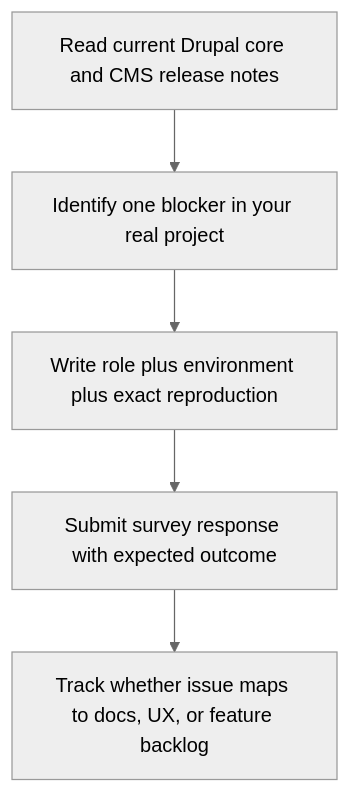
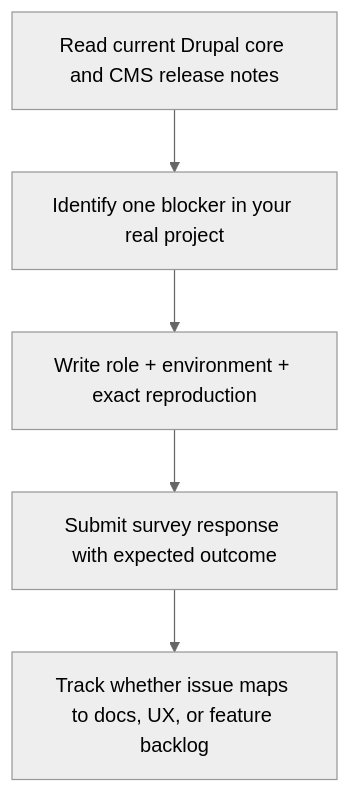
The diagram in blog/2026-02-24-drupal-cms-community-feedback-survey-review.md (victorstack-ai/agent-blog), drawn with Mermaid (neutral theme) before and after one commit. The commit also changed other lines of this file and 117 other files, not shown here.

````diff
--- a/blog/2026-02-24-drupal-cms-community-feedback-survey-review.md
+++ b/blog/2026-02-24-drupal-cms-community-feedback-survey-review.md
@@ -56,7 +67,7 @@
 ```mermaid
 flowchart TD
-  A[Read current Drupal core and CMS release notes] --> B[Identify one blocker in your real project]
-  B --> C[Write role plus environment plus exact reproduction]
-  C --> D[Submit survey response with expected outcome]
-  D --> E[Track whether issue maps to docs, UX, or feature backlog]
+    A[Read current Drupal core and CMS release notes] --> B[Identify one blocker in your real project]
+    B --> C[Write role + environment + exact reproduction]
+    C --> D[Submit survey response with expected outcome]
+    D --> E[Track whether issue maps to docs, UX, or feature backlog]
 ```
````
